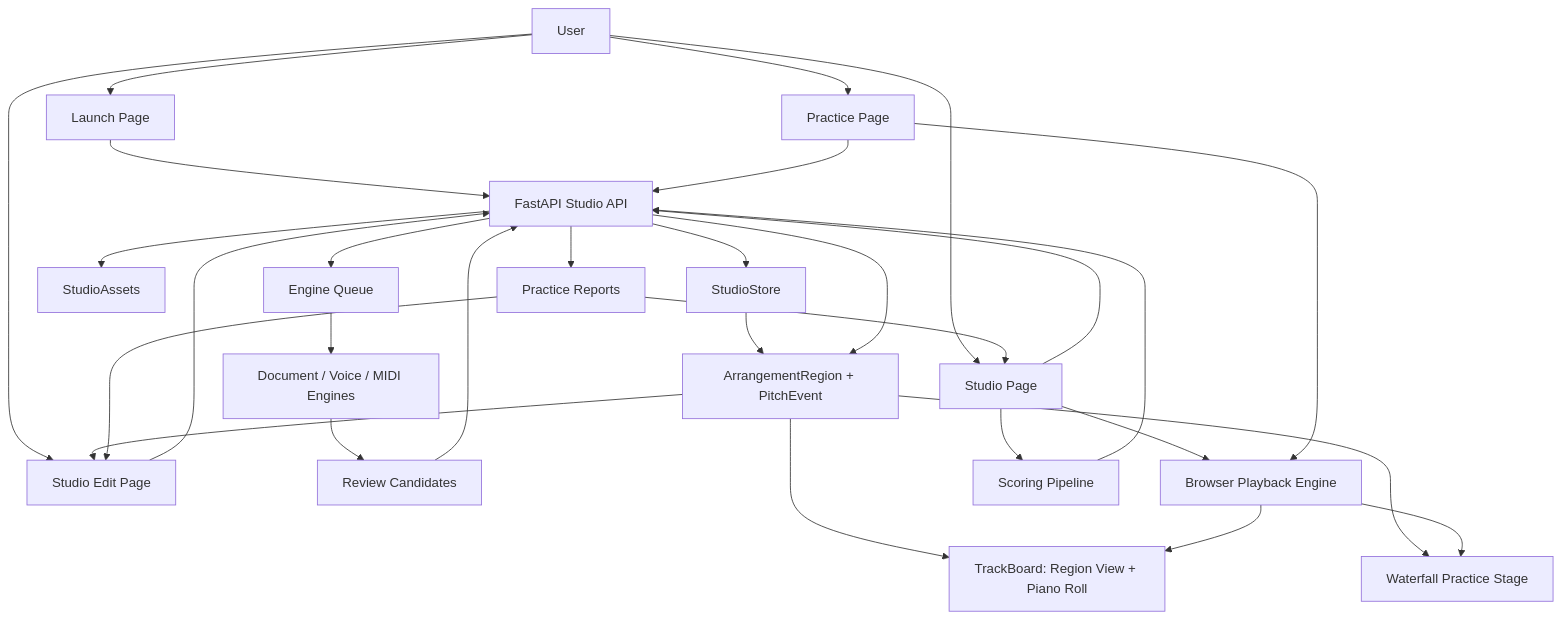
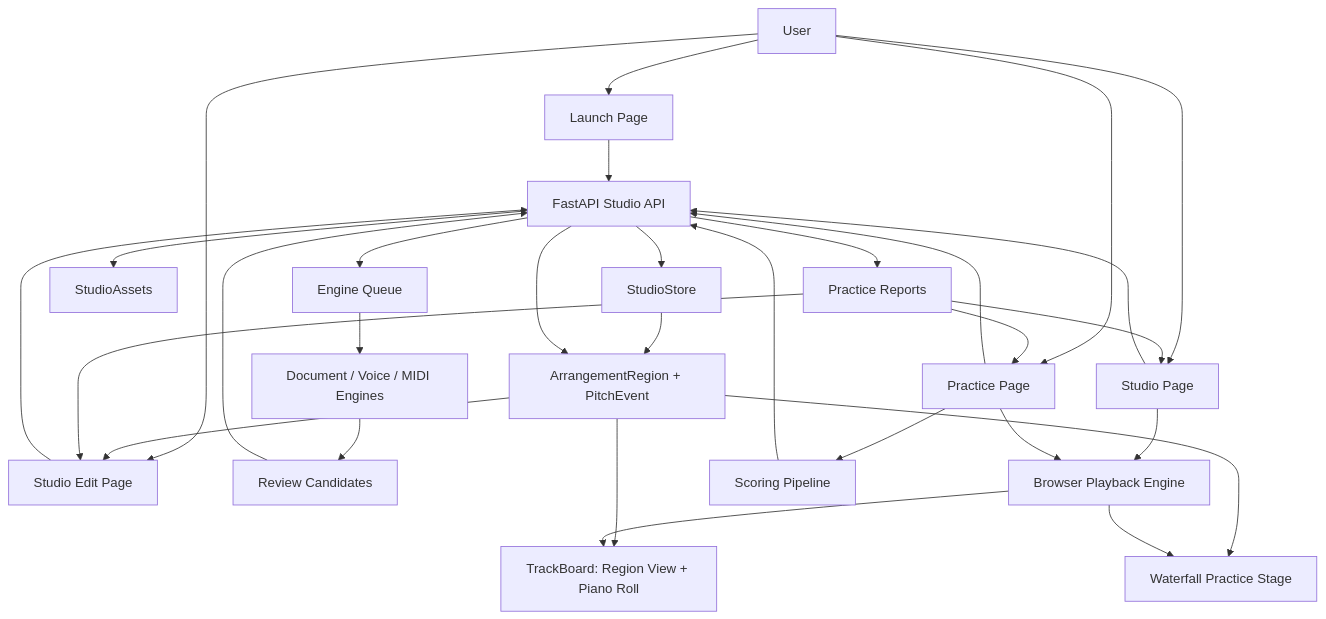
One commit to daeyeonkkk/GigaStudy changed the diagram in PROJECT_FOUNDATION/CURRENT_ARCHITECTURE.md. Above: the diagram before and after it, drawn with Mermaid. The commit also changed other lines of this file and 24 other files, not shown here.

Commit message:
Move scoring into practice flow

````diff
--- a/PROJECT_FOUNDATION/CURRENT_ARCHITECTURE.md
+++ b/PROJECT_FOUNDATION/CURRENT_ARCHITECTURE.md
@@ -146,49 +147,50 @@
 ```mermaid
 flowchart TD
   User["User"]
   Launch["Launch Page"]
   StudioPage["Studio Page"]
   StudioEditPage["Studio Edit Page"]
   PracticePage["Practice Page"]
   TrackBoard["TrackBoard: Region View + Piano Roll"]
   Waterfall["Waterfall Practice Stage"]
   API["FastAPI Studio API"]
   Store["StudioStore"]
   Assets["StudioAssets"]
   Queue["Engine Queue"]
   Engines["Document / Voice / MIDI Engines"]
   Candidates["Review Candidates"]
   Regions["ArrangementRegion + PitchEvent"]
   Playback["Browser Playback Engine"]
   Scoring["Scoring Pipeline"]
   Reports["Practice Reports"]
 
   User --> Launch
   User --> StudioPage
   User --> StudioEditPage
   User --> PracticePage
   Launch --> API
   StudioPage --> API
   StudioEditPage --> API
   PracticePage --> API
   API --> Store
   API --> Assets
   API --> Queue
   Queue --> Engines
   Engines --> Candidates
   Candidates --> API
   Store --> Regions
   API --> Regions
   Regions --> TrackBoard
   Regions --> StudioEditPage
   Regions --> Waterfall
   StudioPage --> Playback
   PracticePage --> Playback
   Playback --> TrackBoard
   Playback --> Waterfall
-  StudioPage --> Scoring
+  PracticePage --> Scoring
   Scoring --> API
   API --> Reports
   Reports --> StudioPage
+  Reports --> PracticePage
   Reports --> StudioEditPage
 ```
````
